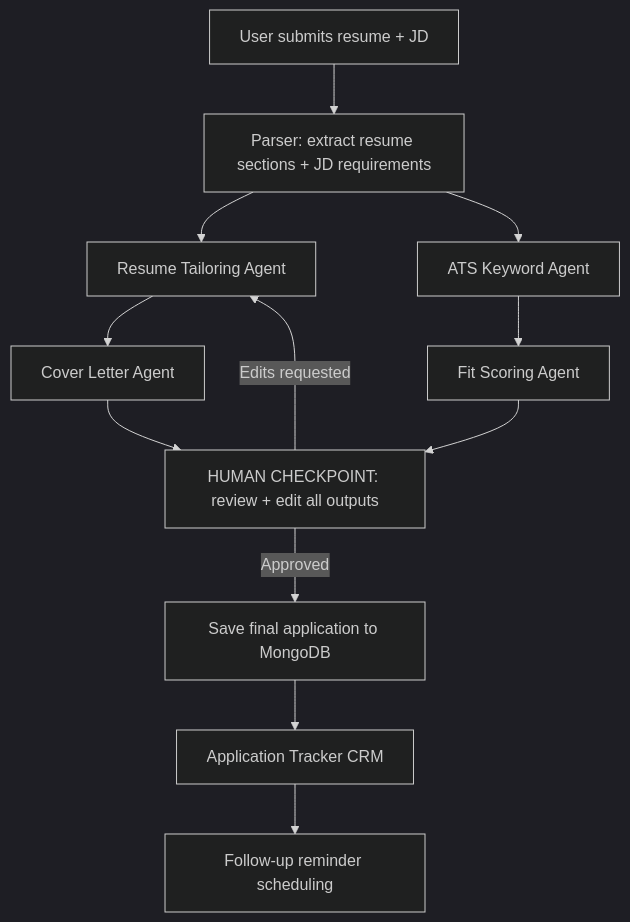
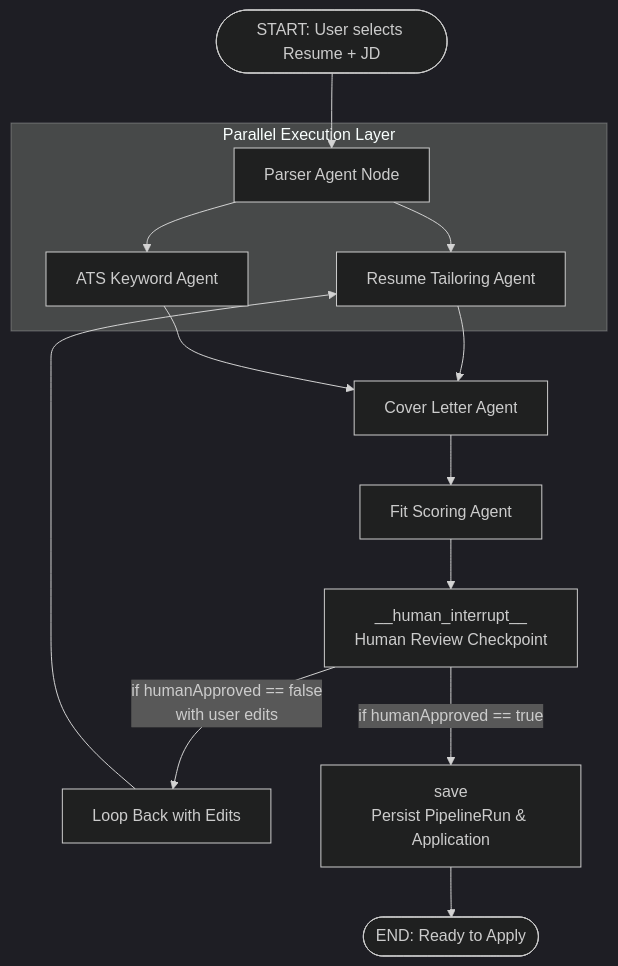
Before and after one commit to nzaman7878/ApplyForge-Multi-Agent-Job-Application-Copilot: the first of 5 diagrams in README.md, drawn with Mermaid (dark theme). The commit also changed other lines of this file and 5 other files, not shown here.

Commit message:
feat(server): add PipelineRun model and update README with agent architecture

````diff
--- a/README.md
+++ b/README.md
@@ -15,14 +15,21 @@
 ```mermaid
 graph TD
-    A[User submits resume + JD] --> B[Parser: extract resume sections + JD requirements]
-    B --> C[Resume Tailoring Agent]
-    B --> D[ATS Keyword Agent]
-    C --> E[Cover Letter Agent]
-    D --> F[Fit Scoring Agent]
-    E --> G[HUMAN CHECKPOINT: review + edit all outputs]
-    F --> G
-    G -->|Approved| H[Save final application to MongoDB]
-    G -->|Edits requested| C
-    H --> I[Application Tracker CRM]
-    I --> J[Follow-up reminder scheduling]
+    START([START: User selects Resume + JD]) --> Parser[Parser Agent Node]
+    
+    subgraph ParallelExecution ["Parallel Execution Layer"]
+        Parser --> ResumeTailor[Resume Tailoring Agent]
+        Parser --> ATSAgent[ATS Keyword Agent]
+    end
+    
+    ResumeTailor --> CoverLetter[Cover Letter Agent]
+    ATSAgent --> CoverLetter
+    
+    CoverLetter --> FitScoring[Fit Scoring Agent]
+    FitScoring --> Checkpoint["__human_interrupt__<br>Human Review Checkpoint"]
+    
+    Checkpoint -->|if humanApproved == false<br>with user edits| LoopBack["Loop Back with Edits"]
+    LoopBack --> ResumeTailor
+    
+    Checkpoint -->|if humanApproved == true| SaveNode["save<br>Persist PipelineRun & Application"]
+    SaveNode --> END([END: Ready to Apply])
 ```
````
